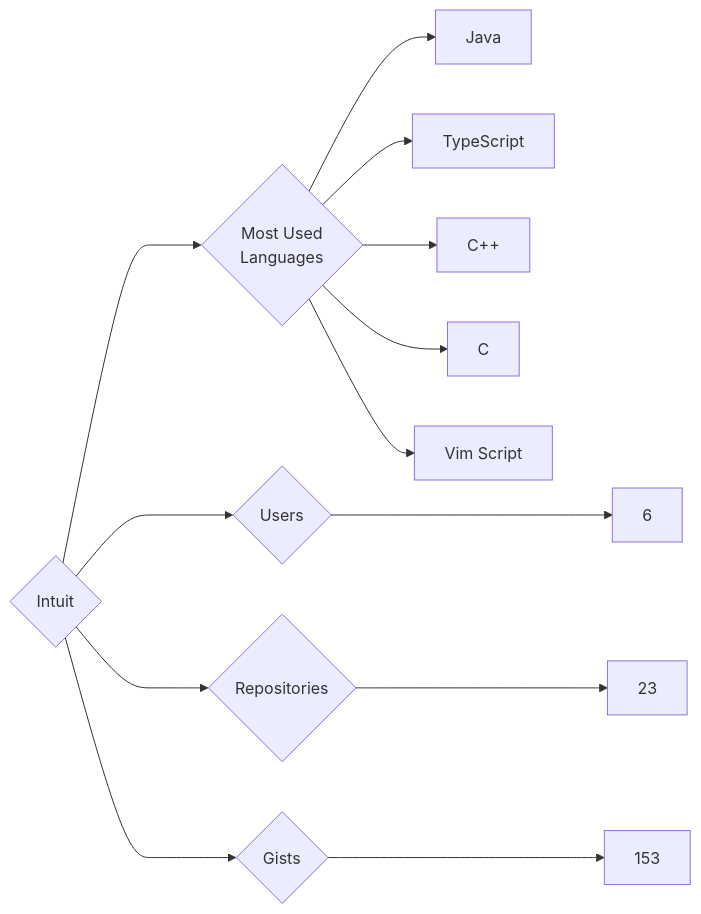
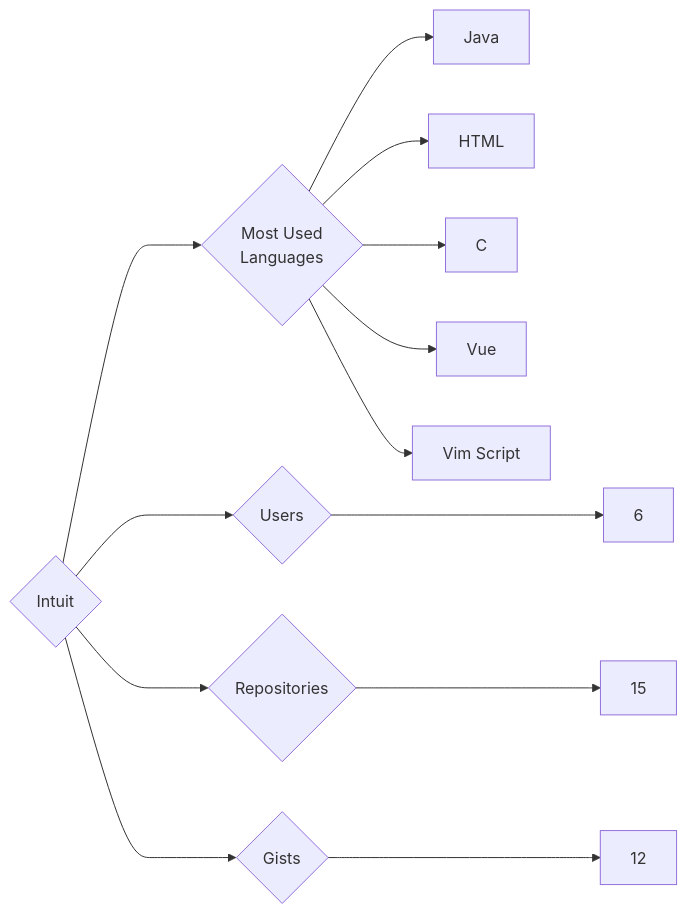
The diagram in targets/Intuit/README.md (trickest/insiders), drawn with Mermaid before and after one commit. The commit also changed 840 other files, not shown here.

````diff
--- a/targets/Intuit/README.md
+++ b/targets/Intuit/README.md
@@ -3,13 +3,13 @@
 ```mermaid
 graph LR
 COMPANY_NAME{Intuit}
 COMPANY_NAME ---> U{Users} ---> UN[6]
-COMPANY_NAME ---> R{Repositories} ---> RN[23]
-COMPANY_NAME ---> G{Gists} ---> GN[153]
+COMPANY_NAME ---> R{Repositories} ---> RN[15]
+COMPANY_NAME ---> G{Gists} ---> GN[12]
 COMPANY_NAME ---> ML{Most Used<br>Languages}
 ML --> Java[Java]
-ML --> TypeScript[TypeScript]
-ML --> C++[C++]
+ML --> HTML[HTML]
 ML --> C[C]
+ML --> Vue[Vue]
 ML --> Vim_Script[Vim Script]
 ```
````
